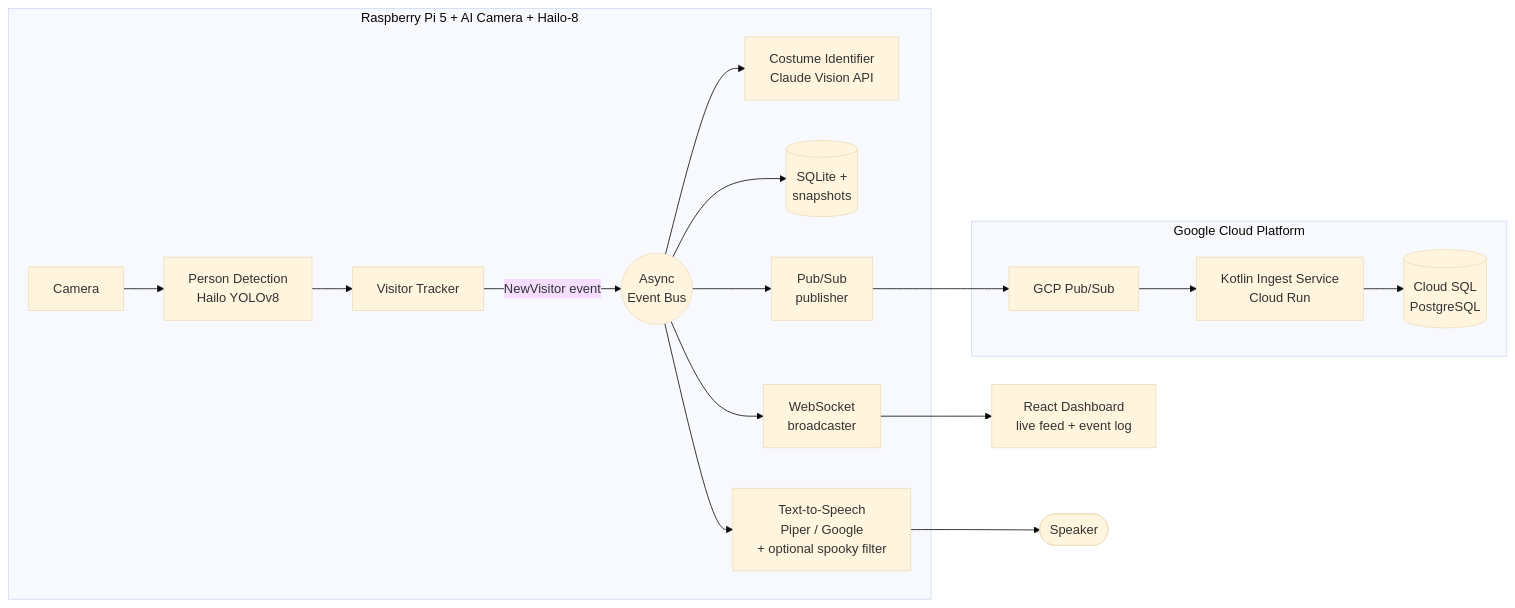
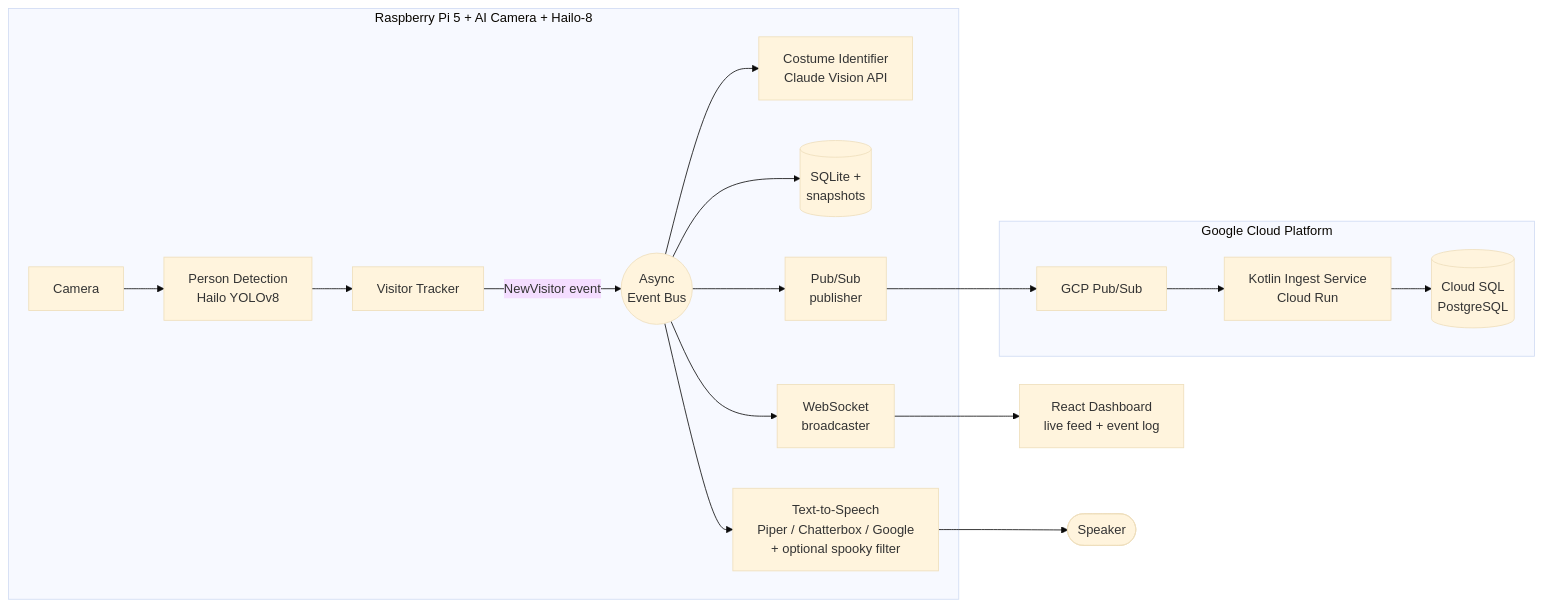
One commit to rwaggoner/pi-costume-spotter changed the diagram in README.md. Above: the diagram before and after it, drawn with Mermaid (base theme). The commit also changed other lines of this file and 13 other files, not shown here.

First line of the commit message:
feat(speech): Chatterbox Turbo voice on an NVIDIA GPU, with Piper fallback

````diff
--- a/README.md
+++ b/README.md
@@ -35,20 +36,20 @@
 ```mermaid
 flowchart LR
     subgraph Pi["Raspberry Pi 5 + AI Camera + Hailo-8"]
         CAM[Camera] --> DET[Person Detection<br/>Hailo YOLOv8]
         DET --> TRK[Visitor Tracker]
         TRK -- NewVisitor event --> BUS((Async<br/>Event Bus))
         BUS --> ID[Costume Identifier<br/>Claude Vision API]
         BUS --> DB[(SQLite +<br/>snapshots)]
-        BUS --> TTS[Text-to-Speech<br/>Piper / Google<br/>+ optional spooky filter]
+        BUS --> TTS[Text-to-Speech<br/>Piper / Chatterbox / Google<br/>+ optional spooky filter]
         BUS --> WS[WebSocket<br/>broadcaster]
         BUS --> PUB[Pub/Sub<br/>publisher]
     end
     WS --> UI[React Dashboard<br/>live feed + event log]
     TTS --> SPK([Speaker])
     PUB --> GCP_PS[GCP Pub/Sub]
     subgraph GCP["Google Cloud Platform"]
         GCP_PS --> RUN[Kotlin Ingest Service<br/>Cloud Run]
         RUN --> SQL[(Cloud SQL<br/>PostgreSQL)]
     end
 ```
````
